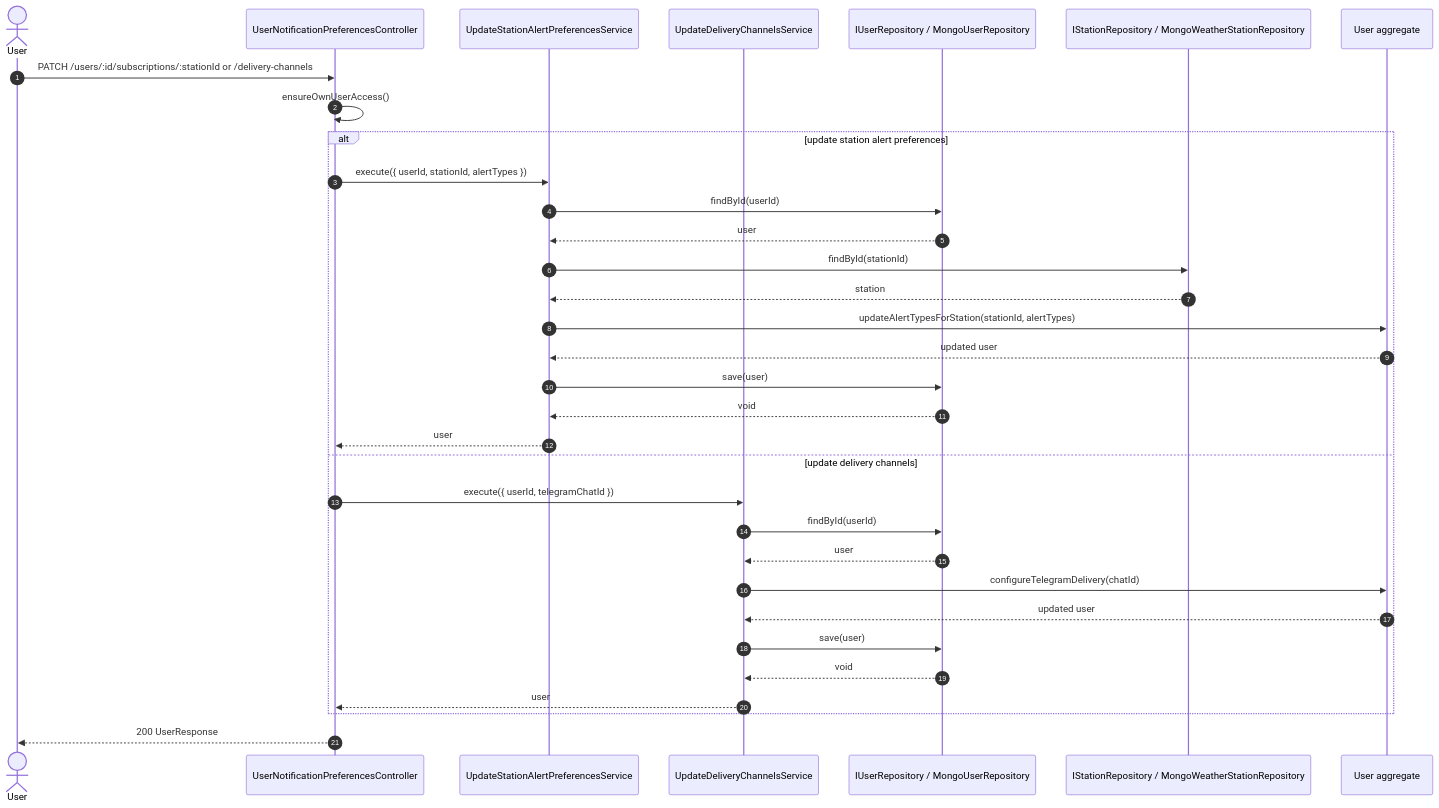
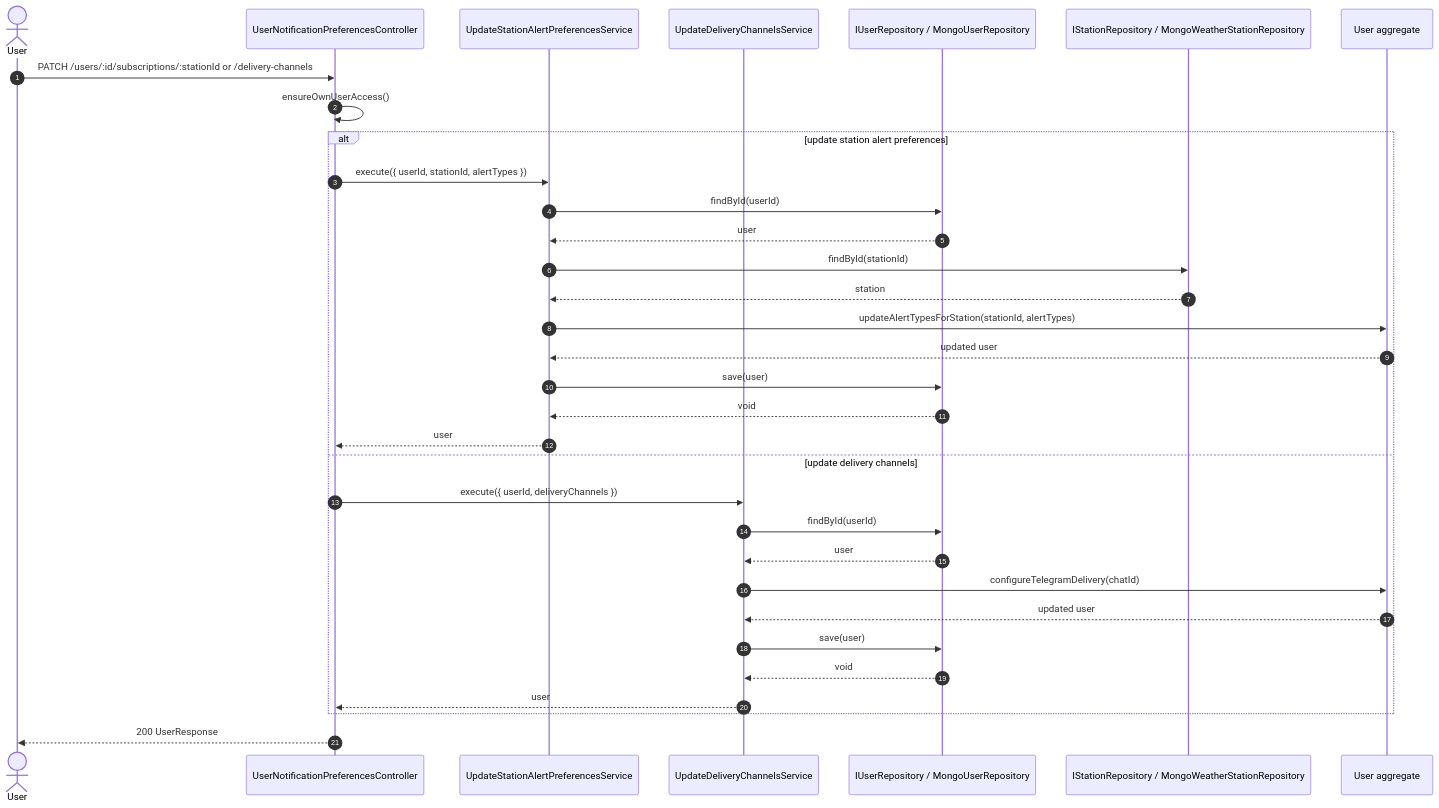
The diagram in docs/architecture/sequences/manage-notification-preferences-sequence.mmd (LattanzioB/WheaterFlow), drawn with Mermaid before and after one commit. The commit also changed 15 other files, not shown here.

Commit message:
refactor: remove legacy telegramChatId field

```diff
--- a/docs/architecture/sequences/manage-notification-preferences-sequence.mmd
+++ b/docs/architecture/sequences/manage-notification-preferences-sequence.mmd
@@ -1,36 +1,36 @@
 sequenceDiagram
 autonumber
 actor User
 participant PreferencesController as UserNotificationPreferencesController
 participant UpdatePrefsService as UpdateStationAlertPreferencesService
 participant UpdateDeliveryService as UpdateDeliveryChannelsService
 participant UserRepository as IUserRepository / MongoUserRepository
 participant StationRepository as IStationRepository / MongoWeatherStationRepository
 participant UserAggregate as User aggregate
 
 User->>PreferencesController: PATCH /users/:id/subscriptions/:stationId or /delivery-channels
 PreferencesController->>PreferencesController: ensureOwnUserAccess()
 
 alt update station alert preferences
   PreferencesController->>UpdatePrefsService: execute({ userId, stationId, alertTypes })
   UpdatePrefsService->>UserRepository: findById(userId)
   UserRepository-->>UpdatePrefsService: user
   UpdatePrefsService->>StationRepository: findById(stationId)
   StationRepository-->>UpdatePrefsService: station
   UpdatePrefsService->>UserAggregate: updateAlertTypesForStation(stationId, alertTypes)
   UserAggregate-->>UpdatePrefsService: updated user
   UpdatePrefsService->>UserRepository: save(user)
   UserRepository-->>UpdatePrefsService: void
   UpdatePrefsService-->>PreferencesController: user
 else update delivery channels
-  PreferencesController->>UpdateDeliveryService: execute({ userId, telegramChatId })
+  PreferencesController->>UpdateDeliveryService: execute({ userId, deliveryChannels })
   UpdateDeliveryService->>UserRepository: findById(userId)
   UserRepository-->>UpdateDeliveryService: user
   UpdateDeliveryService->>UserAggregate: configureTelegramDelivery(chatId)
   UserAggregate-->>UpdateDeliveryService: updated user
   UpdateDeliveryService->>UserRepository: save(user)
   UserRepository-->>UpdateDeliveryService: void
   UpdateDeliveryService-->>PreferencesController: user
 end
 
 PreferencesController-->>User: 200 UserResponse
```
